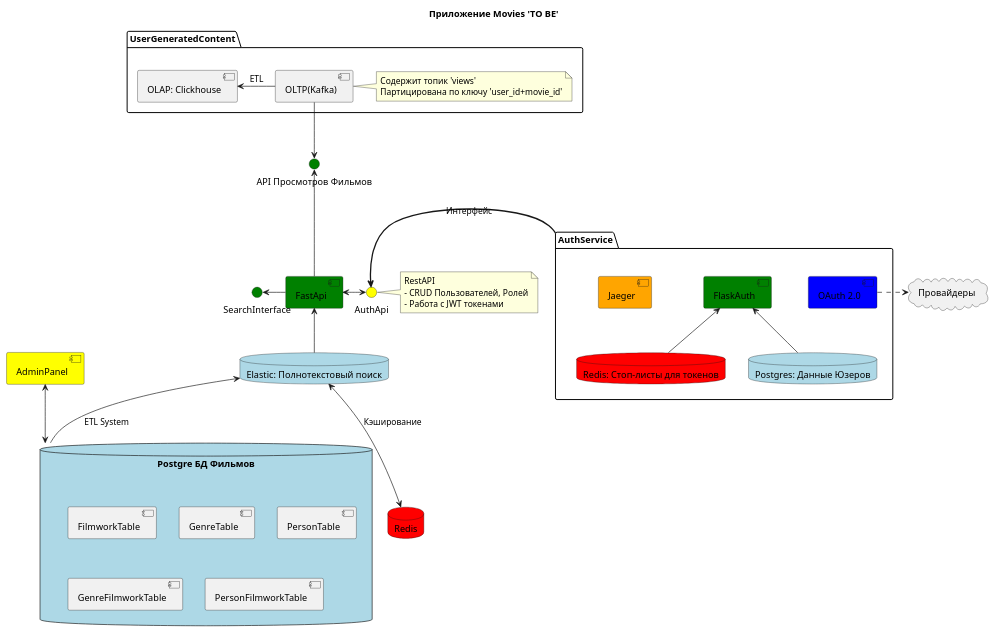
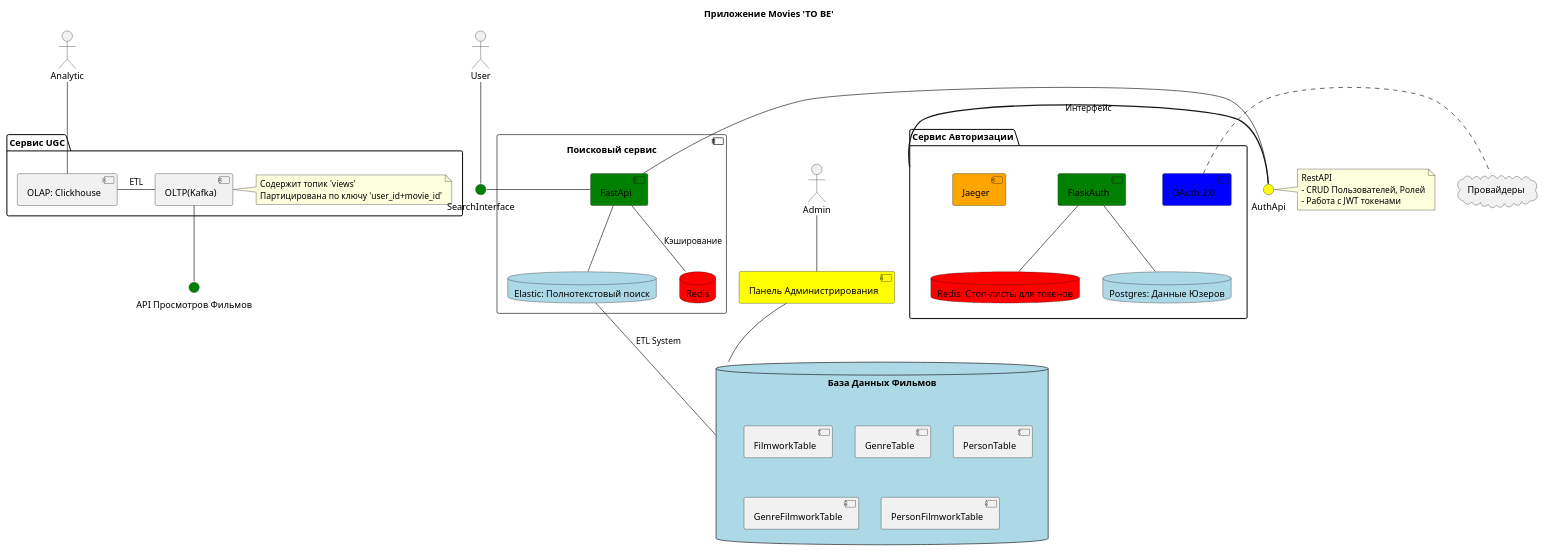
One commit to IAmIrina/ugc changed the diagram in uml/tobe.plantuml. Above: the diagram before and after it, drawn with PlantUML. The commit also changed 2 other files, not shown here.

```diff
--- a/uml/tobe.plantuml
+++ b/uml/tobe.plantuml
@@ -1,78 +1,87 @@
 @startuml
 skinparam componentStyle uml2
 
 title Приложение Movies 'TO BE'
 
-component AdminPanel #Yellow
+actor Admin
+component "Панель Администрирования" as AdminPanel #Yellow
 
 ' База Данных Фильмов
-database "Postgre БД Фильмов" as PostgreMovies #Lightblue {
+database "База Данных Фильмов" as PostgreMovies #Lightblue {
 component FilmworkTable
 component GenreTable
 component PersonTable
 component GenreFilmworkTable
 component PersonFilmworkTable
 }
 
+' Сервис Поиска по фильмам
+component "Поисковый сервис" {
 database "Elastic: Полнотекстовый поиск" as ElasticSearch #Lightblue
 database "Redis" as RedisSearchCashing #Red
+component FastApi #Green
+}
+actor User
+interface SearchInterface #Green
 
 
 
-' Компоненты FastAPI
-component FastApi #Green
-interface SearchInterface #Green
+
 interface "API Просмотров Фильмов" as ViewsInterface #Green
 
 ' Компоненты сервиса аутентификации
-package AuthService {
+package  "Сервис Авторизации" as AuthService {
 database "Redis: Стоп-листы для токенов" as RedisTokens #Red
 database "Postgres: Данные Юзеров" as PostgreUsers #Lightblue
 component FlaskAuth #Green
 component Jaeger #Orange
 component "OAuth 2.0" as OAuth #Blue
 }
 
 ' Компоненты сервиса UGC
-package UserGeneratedContent {
+package "Сервис UGC" as UserGeneratedContent {
 component "OLTP(Kafka)" as Kafka
 note right
 Содержит топик 'views'
 Партицирована по ключу 'user_id+movie_id'
 end note
 component "OLAP: Clickhouse" as CH
 }
+actor Analytic
 
 cloud "Провайдеры" as Providers
 
 interface AuthApi #Yellow
 
 
 ' Взаимодействия
-AdminPanel <--> PostgreMovies
+Admin -- AdminPanel
+AdminPanel -- PostgreMovies
 
-ElasticSearch <-- PostgreMovies: "ETL System" 
-ElasticSearch <--> RedisSearchCashing: Кэширование
-ElasticSearch -up-> FastApi
+ElasticSearch -- PostgreMovies: "ETL System"
+FastApi -- RedisSearchCashing: Кэширование
+ElasticSearch -up- FastApi
 
-SearchInterface <- FastApi
-ViewsInterface <-- FastApi
+SearchInterface - FastApi
+User -- SearchInterface
+
 
 ' Взаимодействия внутри AuthService
-AuthService -[thickness=2]> AuthApi: Интерфейс
-FastApi <-> AuthApi
+AuthService -[thickness=2] AuthApi: Интерфейс
+FastApi - AuthApi
 note right
 RestAPI
 - CRUD Пользователей, Ролей
 - Работа с JWT токенами
 end note
-FlaskAuth <-- PostgreUsers
-FlaskAuth <-- RedisTokens
+FlaskAuth -- PostgreUsers
+FlaskAuth -- RedisTokens
 
-OAuth .> Providers
+OAuth . Providers
 
 ' Взаимодействия UGC
-Kafka --> ViewsInterface
-Kafka -left-> CH: ETL
+Kafka -- ViewsInterface
+Kafka -left- CH: ETL
+Analytic -down- CH
 
 @enduml
```
